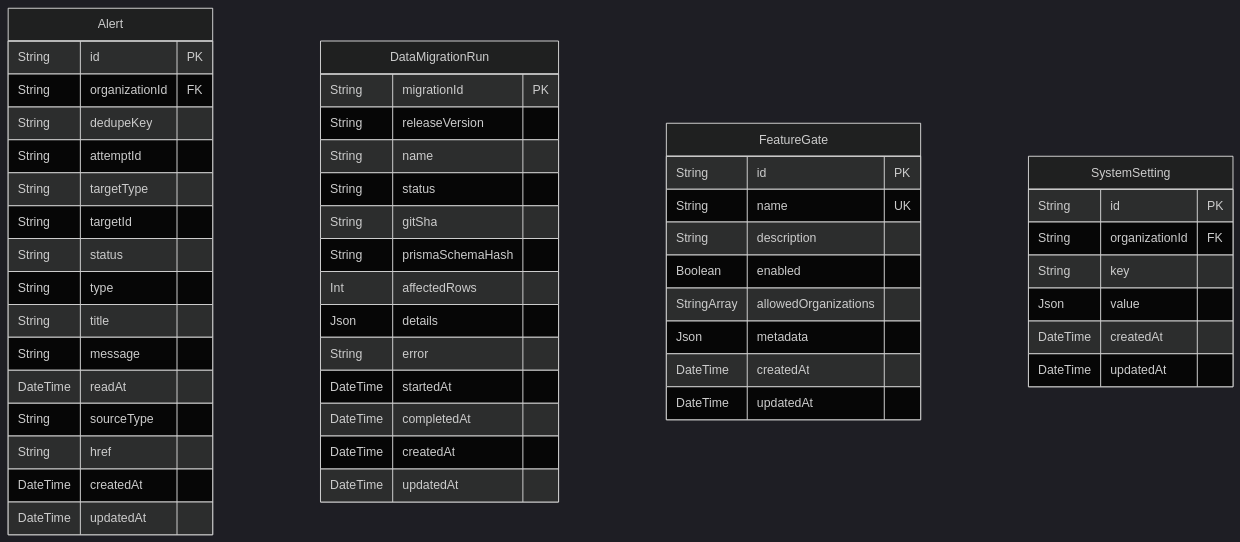
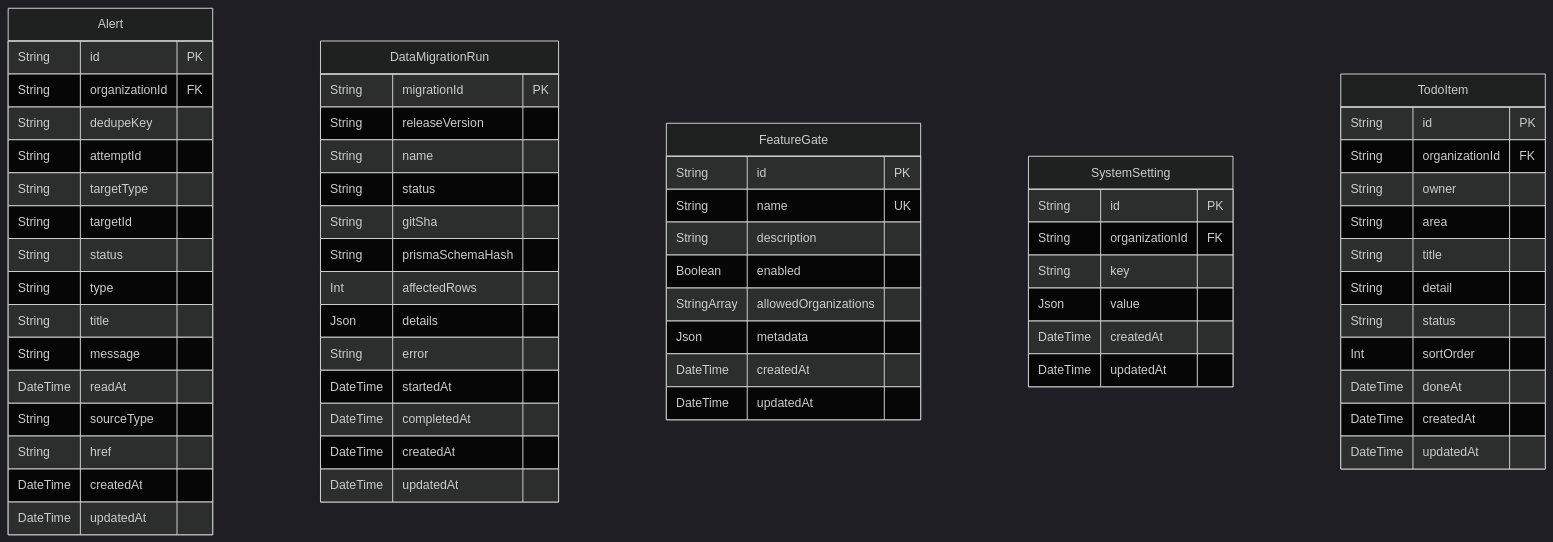
Before and after one commit to AgentFoundry-Labs/kiditem: the diagram in docs/erd/system.md, drawn with Mermaid (dark theme). The commit also changed other lines of this file and 541 other files, not shown here.

````diff
--- a/docs/erd/system.md
+++ b/docs/erd/system.md
@@ -19,53 +20,66 @@
 ```mermaid
 erDiagram
   Alert {
     String id PK
     String organizationId FK
     String dedupeKey
     String attemptId
     String targetType
     String targetId
     String status
     String type
     String title
     String message
     DateTime readAt
     String sourceType
     String href
     DateTime createdAt
     DateTime updatedAt
   }
   DataMigrationRun {
     String migrationId PK
     String releaseVersion
     String name
     String status
     String gitSha
     String prismaSchemaHash
     Int affectedRows
     Json details
     String error
     DateTime startedAt
     DateTime completedAt
     DateTime createdAt
     DateTime updatedAt
   }
   FeatureGate {
     String id PK
     String name UK
     String description
     Boolean enabled
     StringArray allowedOrganizations
     Json metadata
     DateTime createdAt
     DateTime updatedAt
   }
   SystemSetting {
     String id PK
     String organizationId FK
     String key
     Json value
     DateTime createdAt
     DateTime updatedAt
   }
+  TodoItem {
+    String id PK
+    String organizationId FK
+    String owner
+    String area
+    String title
+    String detail
+    String status
+    Int sortOrder
+    DateTime doneAt
+    DateTime createdAt
+    DateTime updatedAt
+  }
 ```
````
